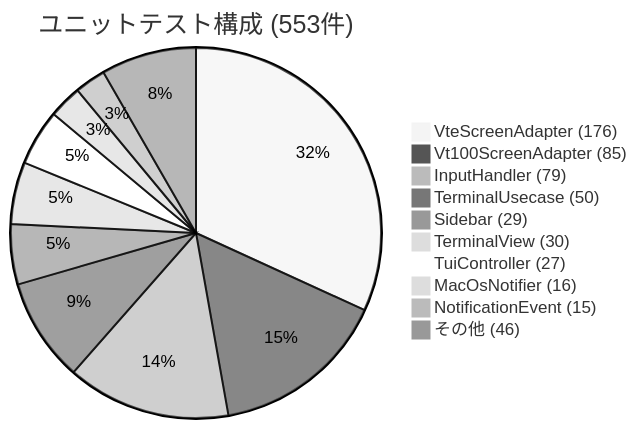
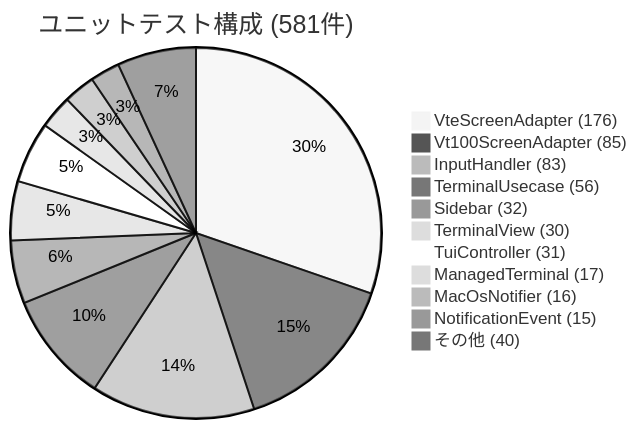
Before and after one commit to Kobayashi-takumi/cli-manager: the sixth of 6 diagrams in README.md, drawn with Mermaid (neutral theme). The commit also changed other lines of this file and 11 other files, not shown here.

````diff
--- a/README.md
+++ b/README.md
@@ -422,13 +452,14 @@
 ```mermaid
-pie title ユニットテスト構成 (553件)
+pie title ユニットテスト構成 (581件)
     "VteScreenAdapter (176)" : 176
     "Vt100ScreenAdapter (85)" : 85
-    "InputHandler (79)" : 79
-    "TerminalUsecase (50)" : 50
-    "Sidebar (29)" : 29
+    "InputHandler (83)" : 83
+    "TerminalUsecase (56)" : 56
+    "Sidebar (32)" : 32
     "TerminalView (30)" : 30
-    "TuiController (27)" : 27
+    "TuiController (31)" : 31
+    "ManagedTerminal (17)" : 17
     "MacOsNotifier (16)" : 16
     "NotificationEvent (15)" : 15
-    "その他 (46)" : 46
+    "その他 (40)" : 40
 ```
````
